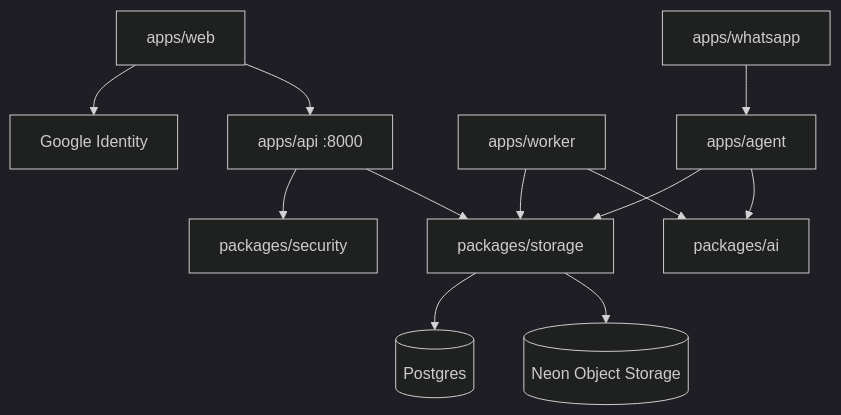
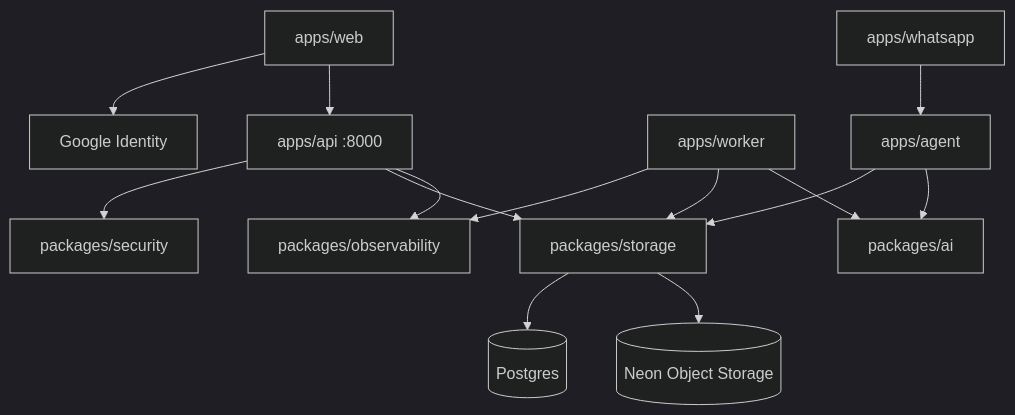
Before and after one commit to AnuragAmbekar741/kosh: the diagram in docs/architecture/overview.md, drawn with Mermaid (dark theme). The commit also changed other lines of this file and 2 other files, not shown here.

Commit message:
docs: record the logging decision and observability package

````diff
--- a/docs/architecture/overview.md
+++ b/docs/architecture/overview.md
@@ -67,26 +69,29 @@
 ```mermaid
 flowchart TB
   WEB[apps/web]
   GOOG[Google Identity]
   API[apps/api :8000]
   WRK[apps/worker]
   AGT[apps/agent]
   WA[apps/whatsapp]
   STOR[packages/storage]
   SEC[packages/security]
   AI[packages/ai]
+  OBS[packages/observability]
   PG[(Postgres)]
   OBJ[(Neon Object Storage)]
 
   WEB --> GOOG
   WEB --> API
   WA --> AGT
   API --> SEC
   API --> STOR
+  API --> OBS
+  WRK --> OBS
   WRK --> STOR
   WRK --> AI
   AGT --> STOR
   AGT --> AI
   STOR --> PG
   STOR --> OBJ
 ```
````
